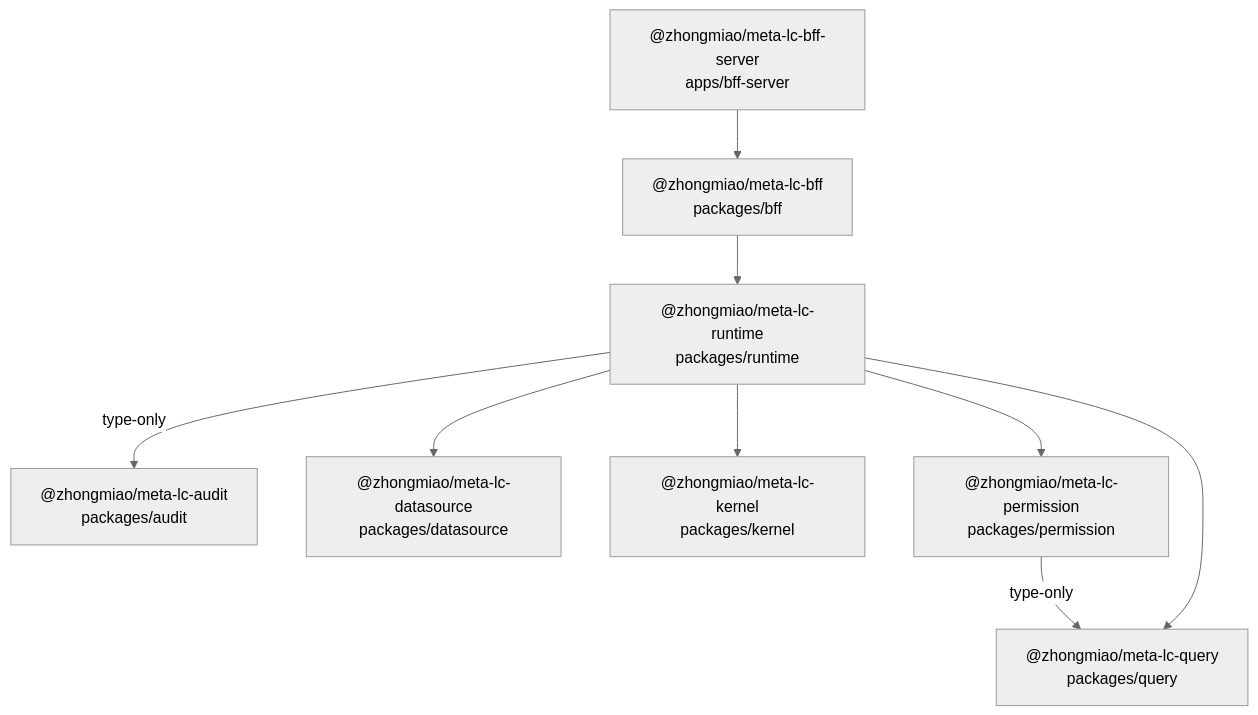
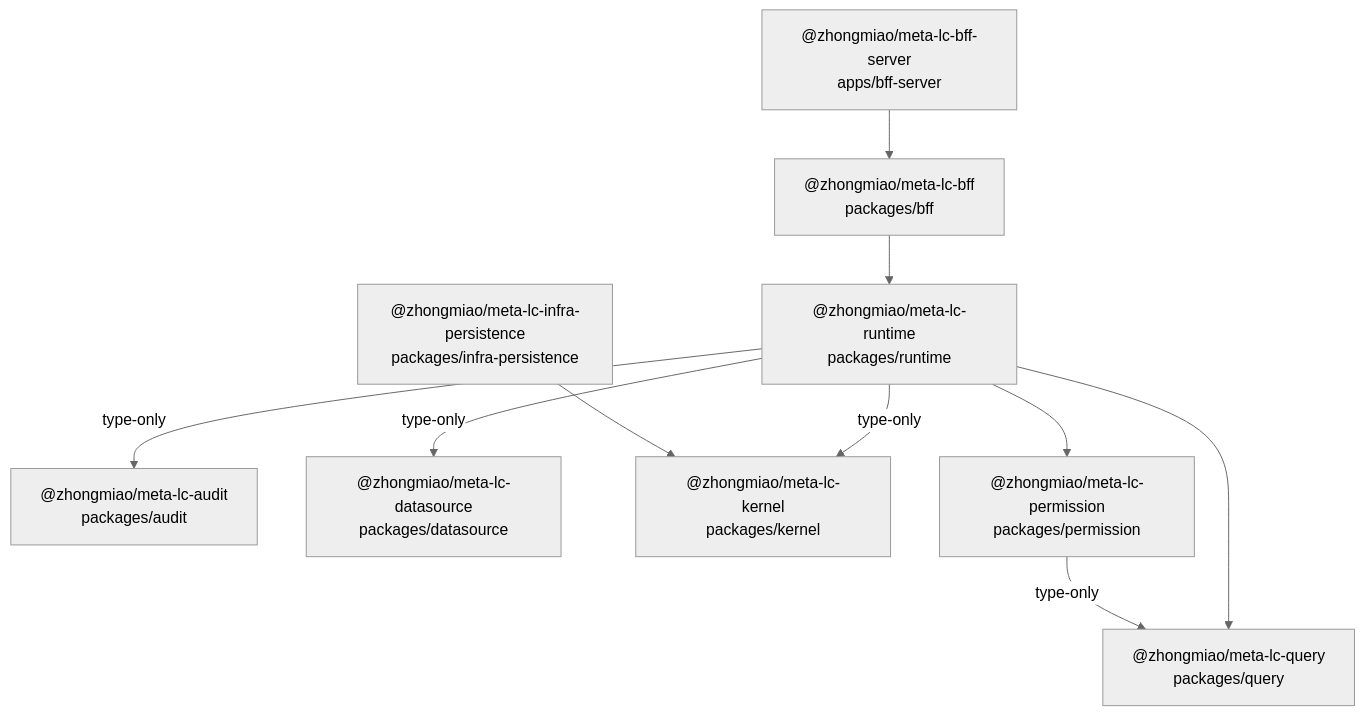
One commit to zhongmiao-org/meta-lc-platform changed the second of 3 diagrams in docs/package-dependency-topology.md. Above: the diagram before and after it, drawn with Mermaid (neutral theme). The commit also changed other lines of this file and 311 other files, not shown here.

````diff
--- a/docs/package-dependency-topology.md
+++ b/docs/package-dependency-topology.md
@@ -44,20 +46,22 @@
 ```mermaid
 flowchart TD
   bff_server["@zhongmiao/meta-lc-bff-server<br/>apps/bff-server"]
   audit["@zhongmiao/meta-lc-audit<br/>packages/audit"]
   bff["@zhongmiao/meta-lc-bff<br/>packages/bff"]
   datasource["@zhongmiao/meta-lc-datasource<br/>packages/datasource"]
+  infra_persistence["@zhongmiao/meta-lc-infra-persistence<br/>packages/infra-persistence"]
   kernel["@zhongmiao/meta-lc-kernel<br/>packages/kernel"]
   permission["@zhongmiao/meta-lc-permission<br/>packages/permission"]
   query["@zhongmiao/meta-lc-query<br/>packages/query"]
   runtime["@zhongmiao/meta-lc-runtime<br/>packages/runtime"]
 
   bff --> runtime
   bff_server --> bff
+  infra_persistence --> kernel
   permission -->|"type-only"| query
   runtime -->|"type-only"| audit
-  runtime --> datasource
-  runtime --> kernel
+  runtime -->|"type-only"| datasource
+  runtime -->|"type-only"| kernel
   runtime --> permission
   runtime --> query
 ```
````
